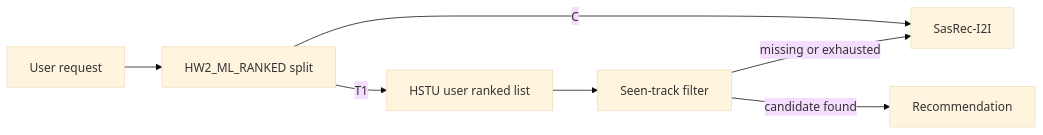
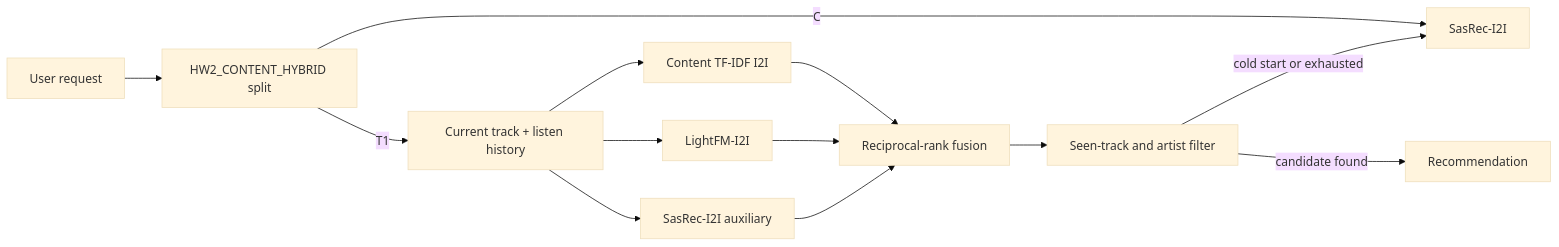
One commit to anokhin/recsys-course-spring-2026 changed the diagram in report.md. Above: the diagram before and after it, drawn with Mermaid (base theme). The commit also changed other lines of this file and 7 other files, not shown here.

Commit message:
Add hybrid content recommender for homework 2

````diff
--- a/report.md
+++ b/report.md
@@ -9,9 +9,15 @@
 ```mermaid
 flowchart LR
-    U[User request] --> E[HW2_ML_RANKED split]
+    U[User request] --> E[HW2_CONTENT_HYBRID split]
     E -->|C| S[SasRec-I2I]
-    E -->|T1| H[HSTU user ranked list]
-    H --> F[Seen-track filter]
-    F -->|candidate found| R[Recommendation]
-    F -->|missing or exhausted| S
+    E -->|T1| A[Current track + listen history]
+    A --> C[Content TF-IDF I2I]
+    A --> L[LightFM-I2I]
+    A --> Q[SasRec-I2I auxiliary]
+    C --> F[Reciprocal-rank fusion]
+    L --> F
+    Q --> F
+    F --> G[Seen-track and artist filter]
+    G -->|candidate found| R[Recommendation]
+    G -->|cold start or exhausted| S
 ```
````
